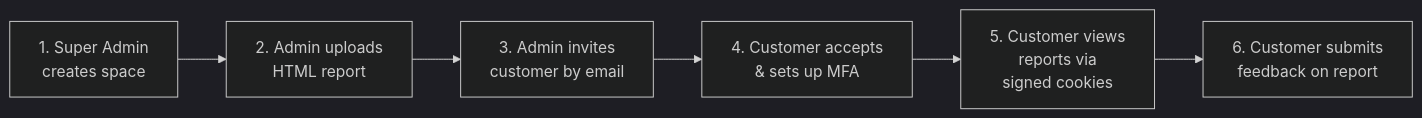
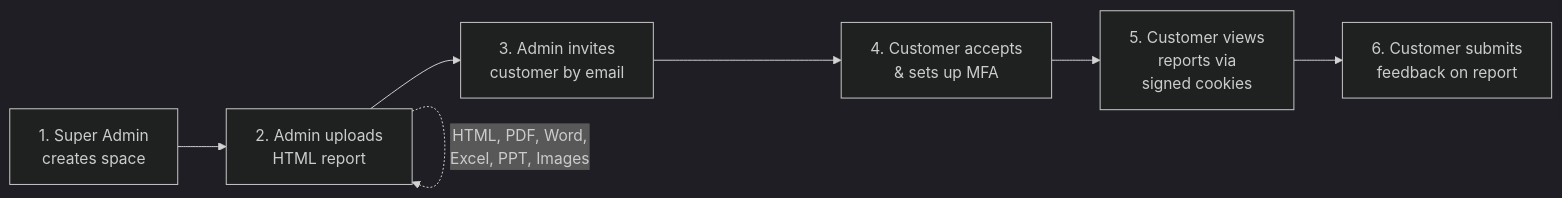
The first of 15 diagrams in README.md (shanakaj/ReportsPortal), drawn with Mermaid (dark theme) before and after one commit. The commit also changed other lines of this file, not shown here.

````diff
--- a/README.md
+++ b/README.md
@@ -37,8 +38,9 @@
 ```mermaid
 flowchart LR
     A["1. Super Admin\ncreates space"] --> B["2. Admin uploads\nHTML report"]
     B --> C["3. Admin invites\ncustomer by email"]
+    B -.->|"HTML, PDF, Word,\nExcel, PPT, Images"| B
     C --> D["4. Customer accepts\n& sets up MFA"]
     D --> E["5. Customer views\nreports via\nsigned cookies"]
     E --> F["6. Customer submits\nfeedback on report"]
 ```
````
